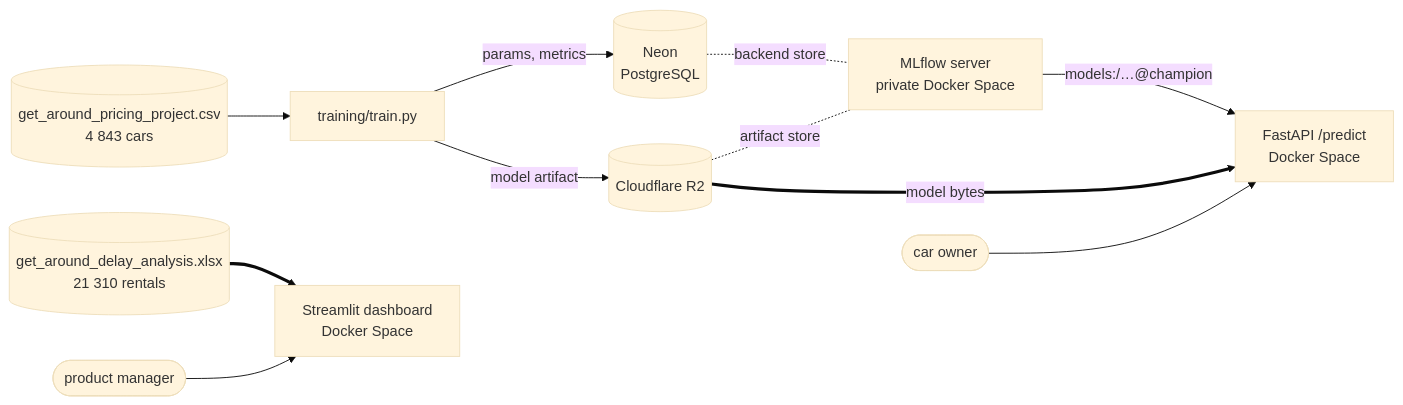
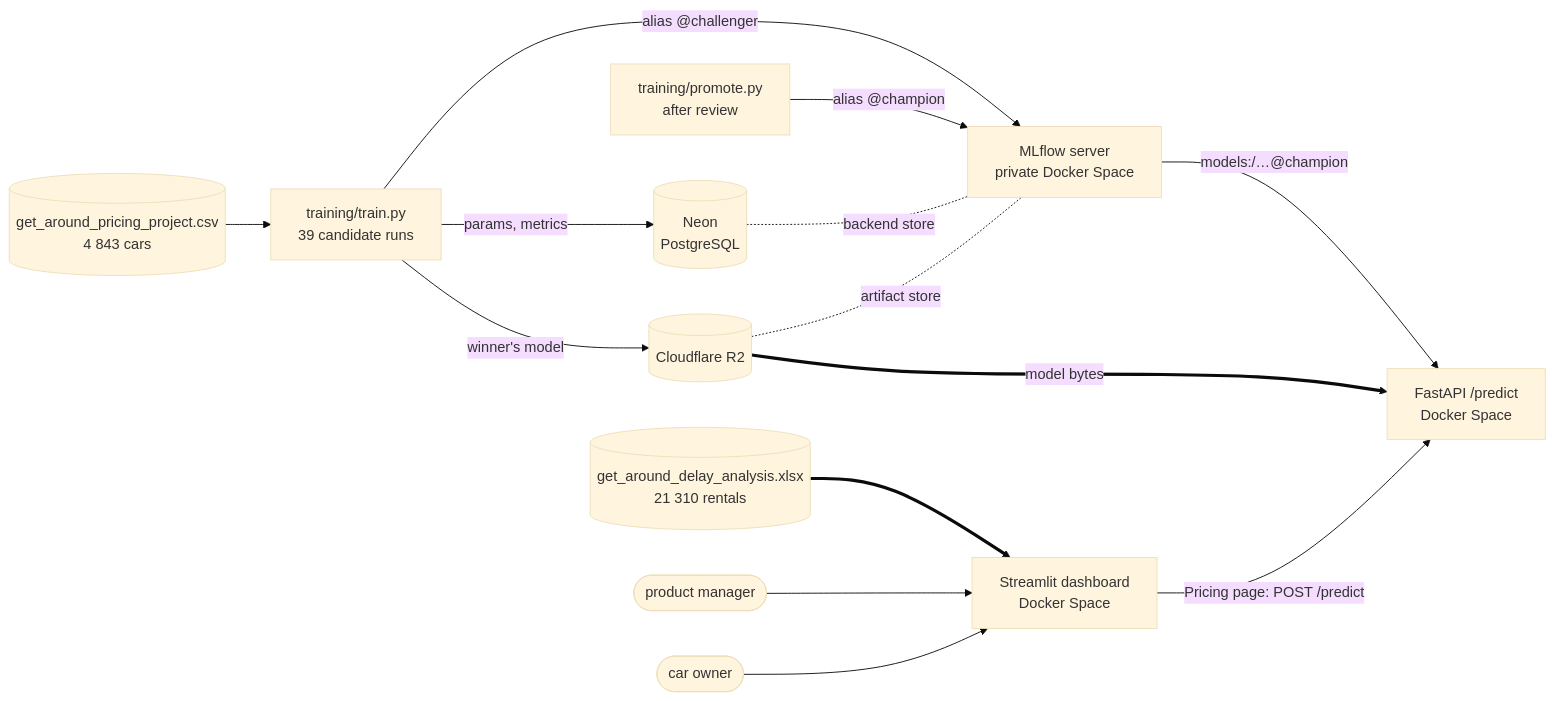
Before and after one commit to paezxavi/jedha_get_around_project: the diagram in README.md, drawn with Mermaid (base theme). The commit also changed other lines of this file and 18 other files, not shown here.

First line of the commit message:
Rebuild the dashboard around the four questions and review models in MLflow

````diff
--- a/README.md
+++ b/README.md
@@ -42,13 +28,16 @@
 ```mermaid
 flowchart LR
-    C[("get_around_pricing_project.csv<br/>4 843 cars")] --> T["training/train.py"]
+    C[("get_around_pricing_project.csv<br/>4 843 cars")] --> T["training/train.py<br/>39 candidate runs"]
     T -->|params, metrics| N[("Neon<br/>PostgreSQL")]
-    T -->|model artifact| R[("Cloudflare R2")]
-    N -. backend store .- M["MLflow server<br/>private Docker Space"]
+    T -->|winner's model| R[("Cloudflare R2")]
+    T -->|"alias @challenger"| M["MLflow server<br/>private Docker Space"]
+    P["training/promote.py<br/>after review"] -->|"alias @champion"| M
+    N -. backend store .- M
     R -. artifact store .- M
     M -->|"models:/…@champion"| A["FastAPI /predict<br/>Docker Space"]
     R ==>|model bytes| A
     X[("get_around_delay_analysis.xlsx<br/>21 310 rentals")] ==> S["Streamlit dashboard<br/>Docker Space"]
+    S -->|"Pricing page: POST /predict"| A
     U([product manager]) --> S
-    O([car owner]) --> A
+    O([car owner]) --> S
 ```
````
